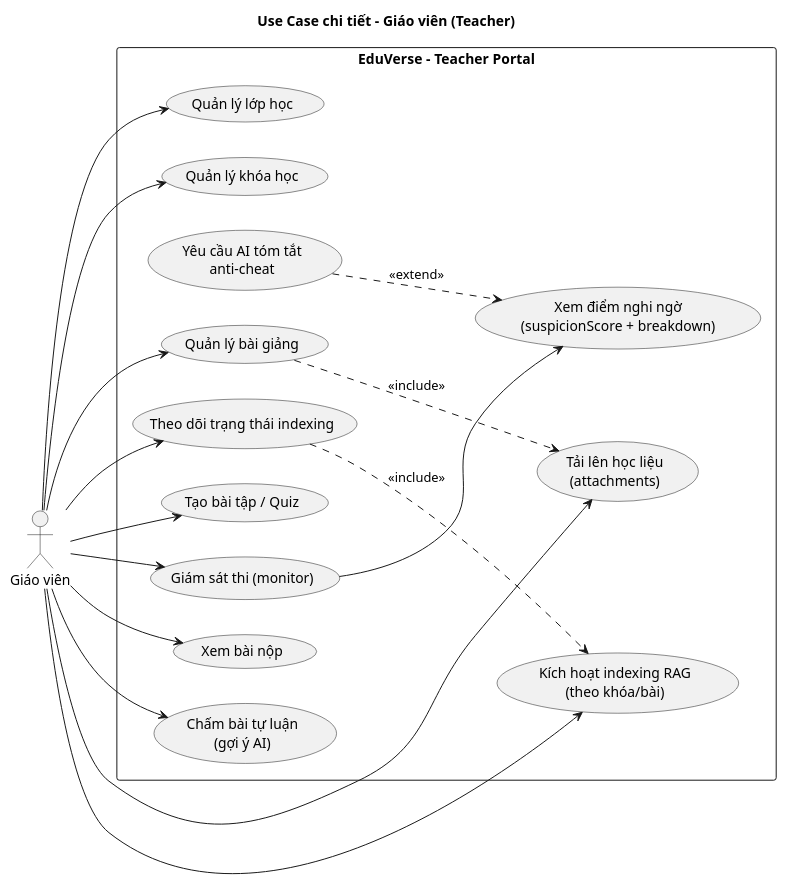
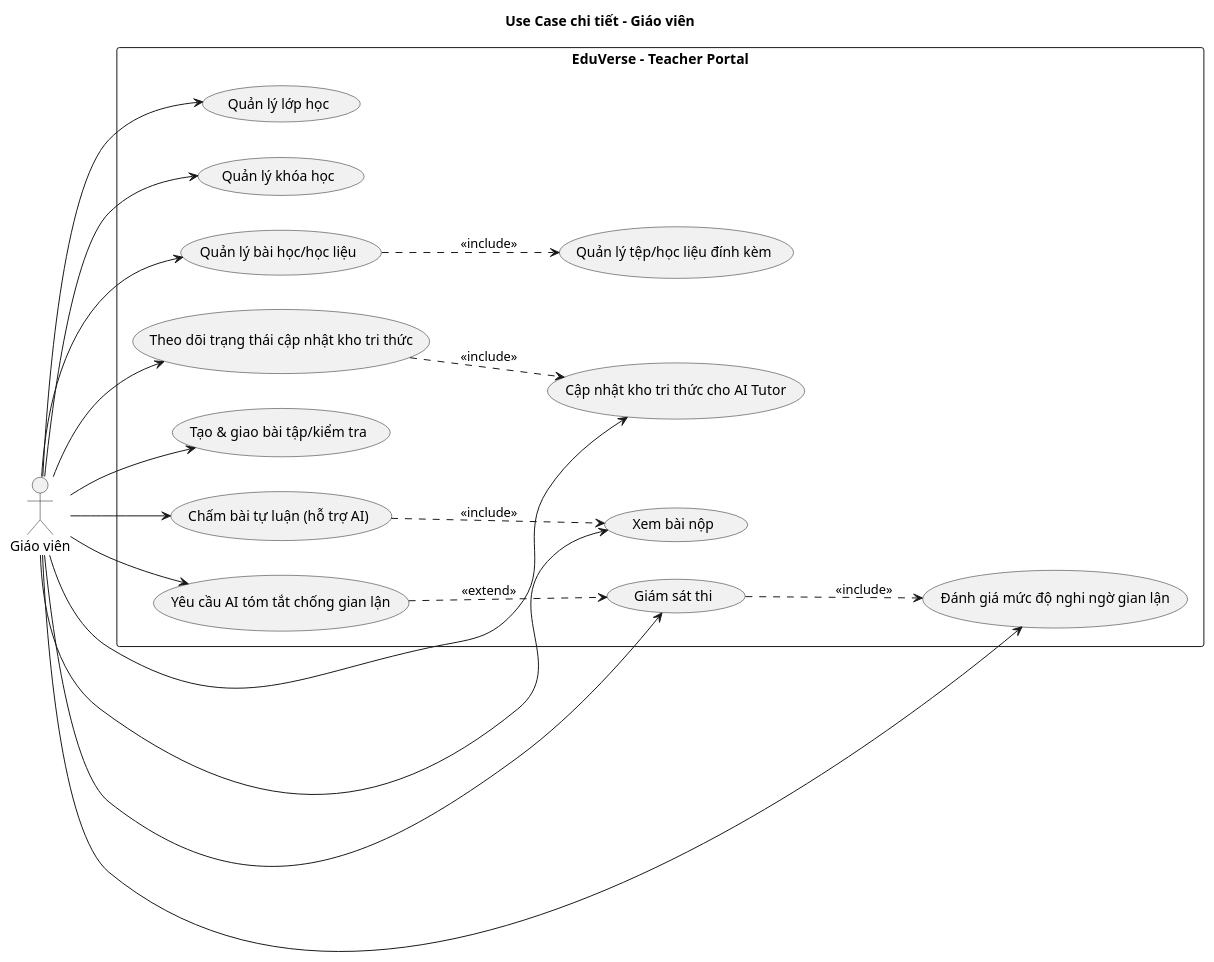
One commit to Tungggggggggggggg/secondary-lms-system changed the diagram in docs/luanvan/figures/uml/puml/usecase-teacher.puml. Above: the diagram before and after it, drawn with PlantUML. The commit also changed 13 other files, not shown here.

First line of the commit message:
Cập nhật và tinh chỉnh các sơ đồ ca sử dụng (Use Case) UML và mô tả

```diff
--- a/docs/luanvan/figures/uml/puml/usecase-teacher.puml
+++ b/docs/luanvan/figures/uml/puml/usecase-teacher.puml
@@ -1,41 +1,45 @@
-@startuml
+@startuml usecase-teacher
 left to right direction
-title Use Case chi tiết - Giáo viên (Teacher)
+title Use Case chi tiết - Giáo viên
 
 actor "Giáo viên" as Teacher
 
 rectangle "EduVerse - Teacher Portal" {
   usecase "Quản lý lớp học" as UC_Classroom
   usecase "Quản lý khóa học" as UC_Course
-  usecase "Quản lý bài giảng" as UC_Lesson
-  usecase "Tải lên học liệu\n(attachments)" as UC_Attach
+  usecase "Quản lý bài học/học liệu" as UC_Content
+  usecase "Quản lý tệp/học liệu đính kèm" as UC_Attach
 
-  usecase "Kích hoạt indexing RAG\n(theo khóa/bài)" as UC_Index
-  usecase "Theo dõi trạng thái indexing" as UC_IndexStatus
+  usecase "Cập nhật kho tri thức cho AI Tutor" as UC_KnowledgeBase
+  usecase "Theo dõi trạng thái cập nhật kho tri thức" as UC_KnowledgeStatus
 
-  usecase "Tạo bài tập / Quiz" as UC_Assignment
-  usecase "Giám sát thi (monitor)" as UC_Monitor
-  usecase "Xem điểm nghi ngờ\n(suspicionScore + breakdown)" as UC_Score
-  usecase "Yêu cầu AI tóm tắt\nanti-cheat" as UC_AISummary
+  usecase "Tạo & giao bài tập/kiểm tra" as UC_Assignment
+  usecase "Xem bài nộp" as UC_Submissions
+  usecase "Chấm bài tự luận (hỗ trợ AI)" as UC_GradeEssay
 
-  usecase "Xem bài nộp" as UC_Submissions
-  usecase "Chấm bài tự luận\n(gợi ý AI)" as UC_GradeEssay
+  usecase "Giám sát thi" as UC_Monitor
+  usecase "Đánh giá mức độ nghi ngờ gian lận" as UC_Score
+  usecase "Yêu cầu AI tóm tắt chống gian lận" as UC_AISummary
 }
 
 Teacher --> UC_Classroom
 Teacher --> UC_Course
-Teacher --> UC_Lesson
-Teacher --> UC_Attach
-Teacher --> UC_Index
-Teacher --> UC_IndexStatus
+Teacher --> UC_Content
+Teacher --> UC_KnowledgeBase
+Teacher --> UC_KnowledgeStatus
 Teacher --> UC_Assignment
-Teacher --> UC_Monitor
 Teacher --> UC_Submissions
 Teacher --> UC_GradeEssay
+Teacher --> UC_Monitor
+Teacher --> UC_Score
+Teacher --> UC_AISummary
 
-UC_Monitor --> UC_Score
-UC_AISummary ..> UC_Score : <<extend>>
-UC_IndexStatus ..> UC_Index : <<include>>
-UC_Lesson ..> UC_Attach : <<include>>
+UC_Content ..> UC_Attach : <<include>>
+UC_KnowledgeStatus ..> UC_KnowledgeBase : <<include>>
+
+UC_GradeEssay ..> UC_Submissions : <<include>>
+
+UC_Monitor ..> UC_Score : <<include>>
+UC_AISummary ..> UC_Monitor : <<extend>>
 
 @enduml
```
